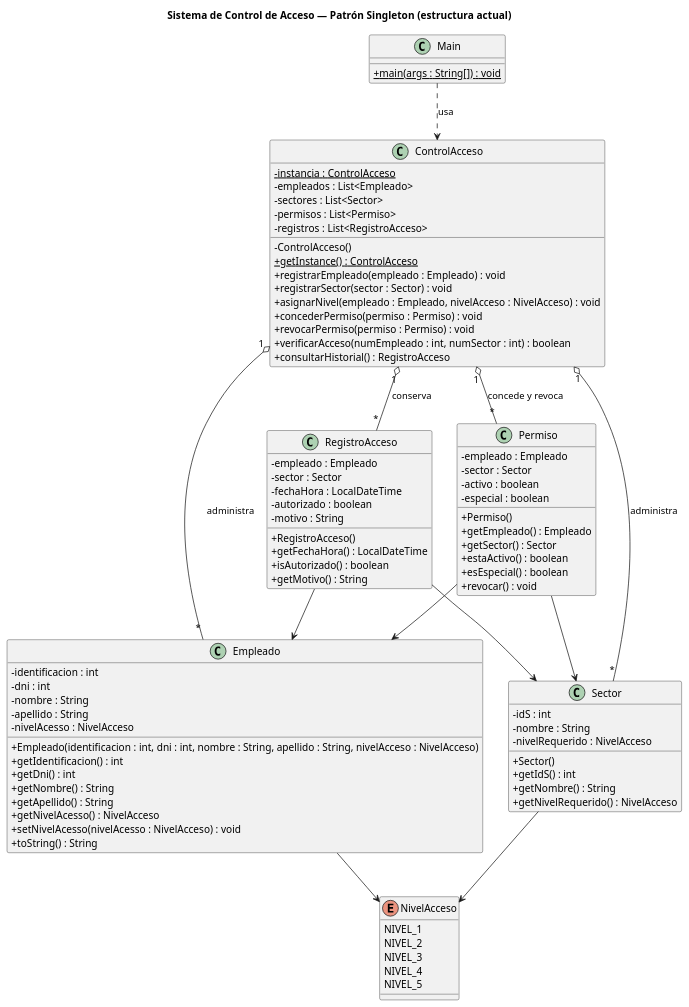
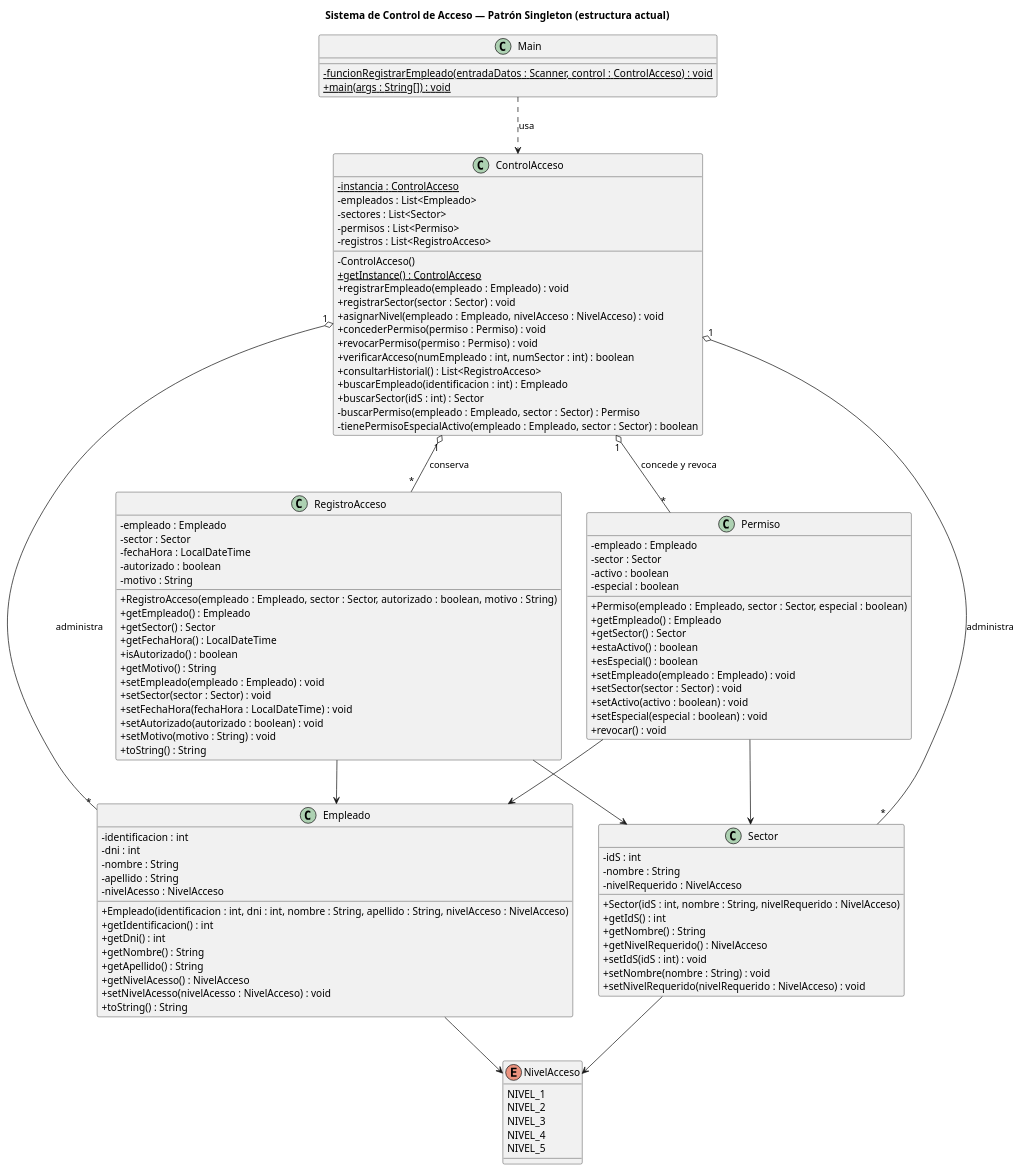
Before and after one commit to PatronSingleton-DisenoSoftware/Patron-Singleton-Software-EGI: the diagram in docs/assets/uml-clases.puml, drawn with PlantUML. The commit also changed 11 other files, not shown here.

Commit message:
Implementa consulta de historial con copia defensiva, formateo de registros y actualiza documentacion y diagramas

```diff
--- a/docs/assets/uml-clases.puml
+++ b/docs/assets/uml-clases.puml
@@ -1,103 +1,123 @@
 @startuml uml-clases
 ' Diagrama de clases de la Sección II, alineado al código de src/ en main.
 ' Renderizar en https://www.plantuml.com/plantuml/uml/ o con el plugin
 ' "PlantUML integration" de IntelliJ, y exportar a PNG para el PDF de entrega.
 
 skinparam classAttributeIconSize 0
 skinparam shadowing false
 
 title Sistema de Control de Acceso — Patrón Singleton (estructura actual)
 
 class ControlAcceso {
   {static} -instancia : ControlAcceso
   -empleados : List<Empleado>
   -sectores : List<Sector>
   -permisos : List<Permiso>
   -registros : List<RegistroAcceso>
   -ControlAcceso()
   {static} +getInstance() : ControlAcceso
   +registrarEmpleado(empleado : Empleado) : void
   +registrarSector(sector : Sector) : void
   +asignarNivel(empleado : Empleado, nivelAcceso : NivelAcceso) : void
   +concederPermiso(permiso : Permiso) : void
   +revocarPermiso(permiso : Permiso) : void
   +verificarAcceso(numEmpleado : int, numSector : int) : boolean
-  +consultarHistorial() : RegistroAcceso
+  +consultarHistorial() : List<RegistroAcceso>
+  +buscarEmpleado(identificacion : int) : Empleado
+  +buscarSector(idS : int) : Sector
+  -buscarPermiso(empleado : Empleado, sector : Sector) : Permiso
+  -tienePermisoEspecialActivo(empleado : Empleado, sector : Sector) : boolean
 }
 
 class Empleado {
   -identificacion : int
   -dni : int
   -nombre : String
   -apellido : String
   -nivelAcesso : NivelAcceso
   +Empleado(identificacion : int, dni : int, nombre : String, apellido : String, nivelAcceso : NivelAcceso)
   +getIdentificacion() : int
   +getDni() : int
   +getNombre() : String
   +getApellido() : String
   +getNivelAcesso() : NivelAcceso
   +setNivelAcesso(nivelAcesso : NivelAcceso) : void
   +toString() : String
 }
 
 class Sector {
   -idS : int
   -nombre : String
   -nivelRequerido : NivelAcceso
-  +Sector()
+  +Sector(idS : int, nombre : String, nivelRequerido : NivelAcceso)
   +getIdS() : int
   +getNombre() : String
   +getNivelRequerido() : NivelAcceso
+  +setIdS(idS : int) : void
+  +setNombre(nombre : String) : void
+  +setNivelRequerido(nivelRequerido : NivelAcceso) : void
 }
 
 class Permiso {
   -empleado : Empleado
   -sector : Sector
   -activo : boolean
   -especial : boolean
-  +Permiso()
+  +Permiso(empleado : Empleado, sector : Sector, especial : boolean)
   +getEmpleado() : Empleado
   +getSector() : Sector
   +estaActivo() : boolean
   +esEspecial() : boolean
+  +setEmpleado(empleado : Empleado) : void
+  +setSector(sector : Sector) : void
+  +setActivo(activo : boolean) : void
+  +setEspecial(especial : boolean) : void
   +revocar() : void
 }
 
 class RegistroAcceso {
   -empleado : Empleado
   -sector : Sector
   -fechaHora : LocalDateTime
   -autorizado : boolean
   -motivo : String
-  +RegistroAcceso()
+  +RegistroAcceso(empleado : Empleado, sector : Sector, autorizado : boolean, motivo : String)
+  +getEmpleado() : Empleado
+  +getSector() : Sector
   +getFechaHora() : LocalDateTime
   +isAutorizado() : boolean
   +getMotivo() : String
+  +setEmpleado(empleado : Empleado) : void
+  +setSector(sector : Sector) : void
+  +setFechaHora(fechaHora : LocalDateTime) : void
+  +setAutorizado(autorizado : boolean) : void
+  +setMotivo(motivo : String) : void
+  +toString() : String
 }
 
 enum NivelAcceso {
   NIVEL_1
   NIVEL_2
   NIVEL_3
   NIVEL_4
   NIVEL_5
 }
 
 class Main {
+  {static} -funcionRegistrarEmpleado(entradaDatos : Scanner, control : ControlAcceso) : void
   {static} +main(args : String[]) : void
 }
 
 ControlAcceso "1" o-- "*" Empleado : administra
 ControlAcceso "1" o-- "*" Sector : administra
 ControlAcceso "1" o-- "*" Permiso : concede y revoca
 ControlAcceso "1" o-- "*" RegistroAcceso : conserva
 Permiso --> Empleado
 Permiso --> Sector
 RegistroAcceso --> Empleado
 RegistroAcceso --> Sector
 Empleado --> NivelAcceso
 Sector --> NivelAcceso
 Main ..> ControlAcceso : usa
 
 @enduml
```
